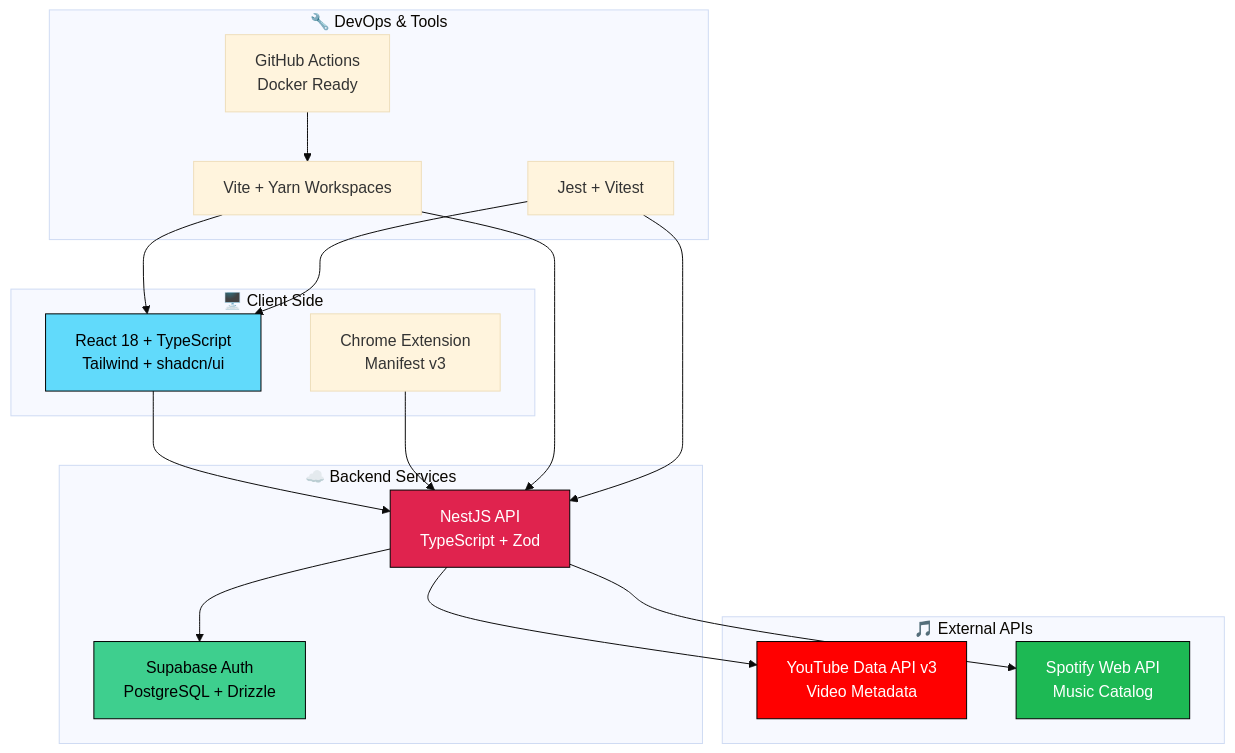
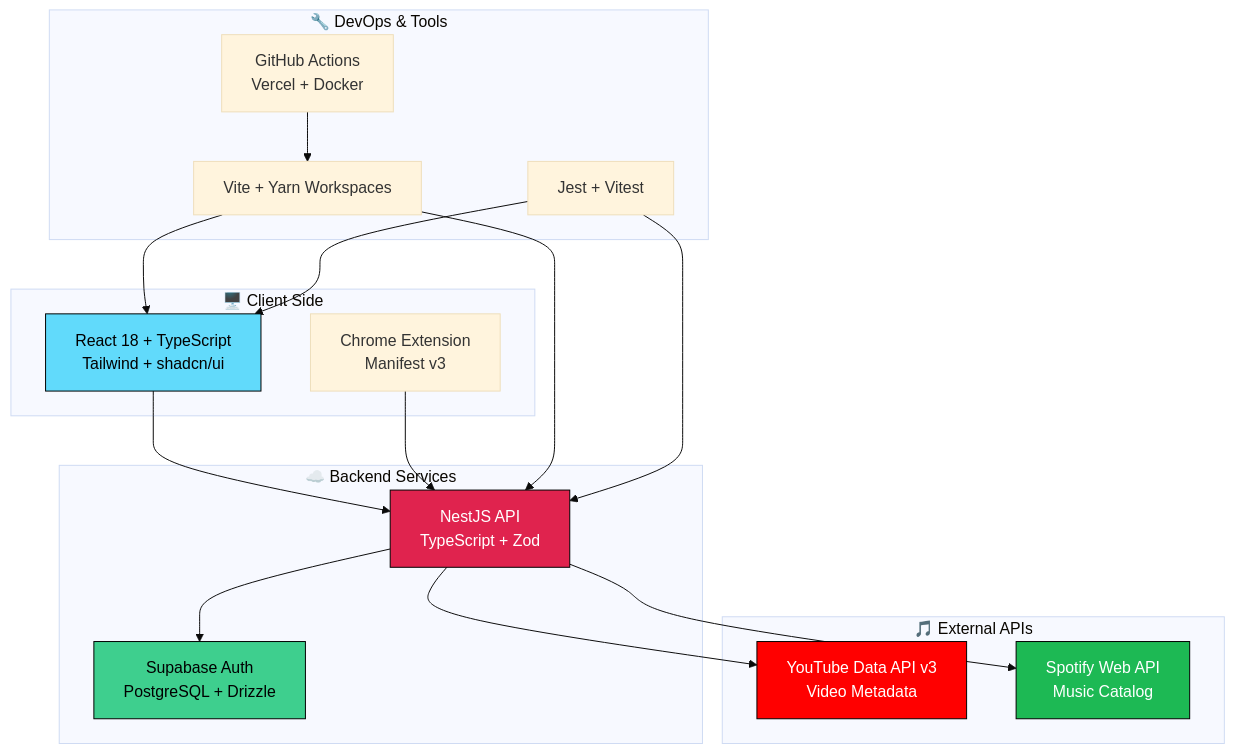
The diagram in README.md (prismaymedia/linkfy), drawn with Mermaid (base theme) before and after one commit. The commit also changed other lines of this file and 10 other files, not shown here.

````diff
--- a/README.md
+++ b/README.md
@@ -76,41 +78,41 @@
 ```mermaid
 graph TB
     subgraph "🖥️ Client Side"
         UI[React 18 + TypeScript<br/>Tailwind + shadcn/ui]
         EXT[Chrome Extension<br/>Manifest v3]
     end
     
     subgraph "☁️ Backend Services"
         API[NestJS API<br/>TypeScript + Zod]
         AUTH[Supabase Auth<br/>PostgreSQL + Drizzle]
     end
     
     subgraph "🎵 External APIs"
         YT[YouTube Data API v3<br/>Video Metadata]
         SP[Spotify Web API<br/>Music Catalog]
     end
     
     subgraph "🔧 DevOps & Tools"
         BUILD[Vite + Yarn Workspaces]
         TEST[Jest + Vitest]
-        DEPLOY[GitHub Actions<br/>Docker Ready]
+        DEPLOY[GitHub Actions<br/>Vercel + Docker]
     end
     
     UI --> API
     EXT --> API
     API --> AUTH
     API --> YT
     API --> SP
     
     BUILD --> UI
     BUILD --> API
     TEST --> UI
     TEST --> API
     DEPLOY --> BUILD
     
     style UI fill:#61DAFB,stroke:#000,color:#000
     style API fill:#E0234E,stroke:#000,color:#fff
     style YT fill:#FF0000,stroke:#000,color:#fff
     style SP fill:#1DB954,stroke:#000,color:#fff
     style AUTH fill:#3ECF8E,stroke:#000,color:#000
 ```
````
